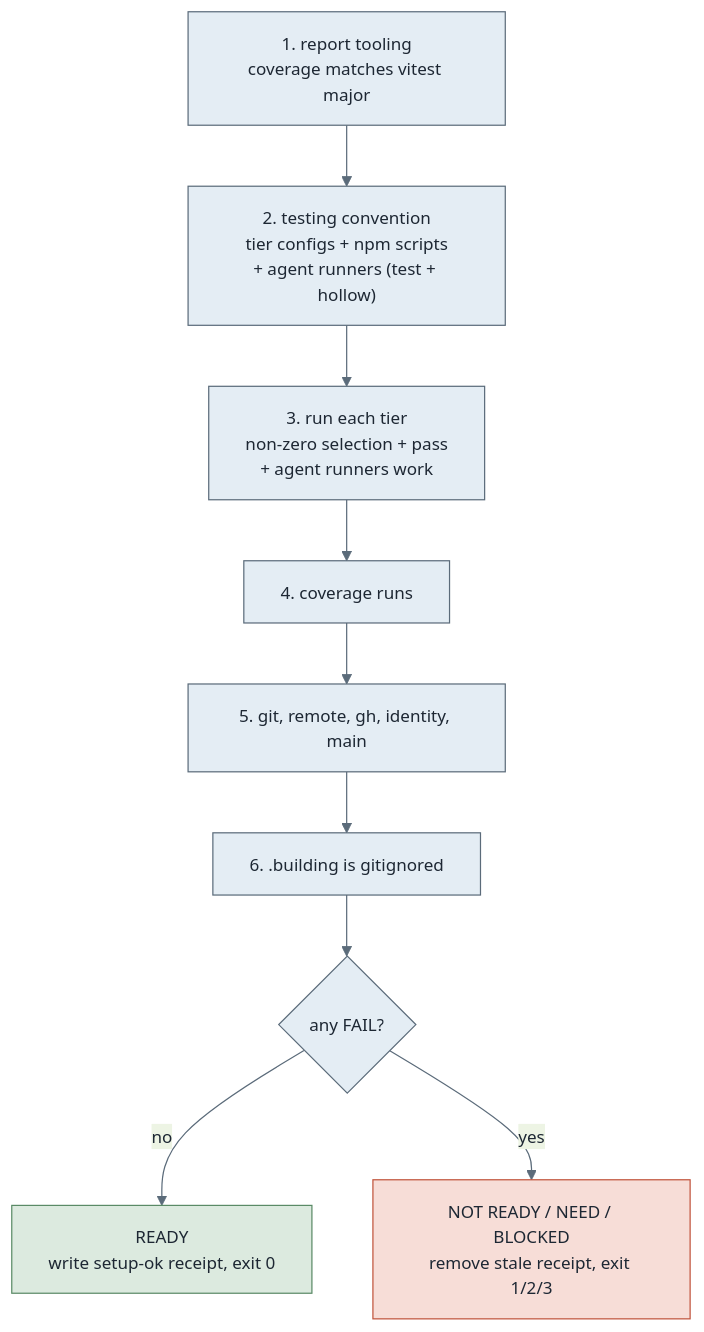
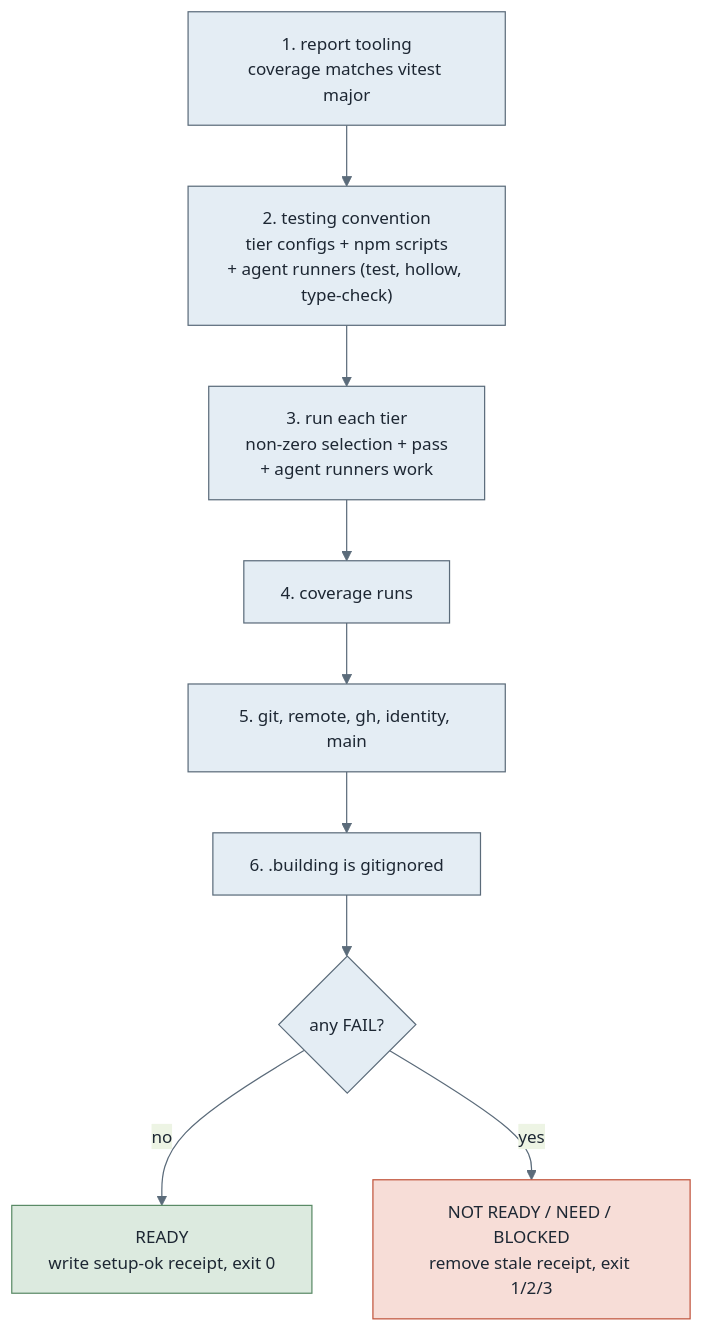
Before and after one commit to omerosaienni/agent-sdlc: the fourth of 4 diagrams in docs/scripts.md, drawn with Mermaid. The commit also changed other lines of this file and 18 other files, not shown here.

````diff
--- a/docs/scripts.md
+++ b/docs/scripts.md
@@ -169,24 +169,24 @@
 ```mermaid
 %%{init: {'theme':'base','themeVariables':{'primaryColor':'#e4edf4','primaryTextColor':'#1d2733','primaryBorderColor':'#5b6b7a','lineColor':'#5b6b7a','fontSize':'14px'}}}%%
 flowchart TD
     s1["1. report tooling<br/>coverage matches vitest major"]
-    s2["2. testing convention<br/>tier configs + npm scripts<br/>+ agent runners (test + hollow)"]
+    s2["2. testing convention<br/>tier configs + npm scripts<br/>+ agent runners (test, hollow, type-check)"]
     s3["3. run each tier<br/>non-zero selection + pass<br/>+ agent runners work"]
     s4["4. coverage runs"]
     s5["5. git, remote, gh, identity, main"]
     s6["6. .building is gitignored"]
     verdict{"any FAIL?"}
     ready["READY<br/>write setup-ok receipt, exit 0"]
     notready["NOT READY / NEED / BLOCKED<br/>remove stale receipt, exit 1/2/3"]
 
     s1 --> s2 --> s3 --> s4 --> s5 --> s6 --> verdict
     verdict -->|no| ready
     verdict -->|yes| notready
 
     classDef check fill:#e4edf4,stroke:#5b6b7a,color:#1d2733;
     classDef good fill:#dceadf,stroke:#5a8a66,color:#1d2733;
     classDef bad fill:#f7ddd7,stroke:#c0533b,color:#1d2733;
     class s1,s2,s3,s4,s5,s6 check;
     class ready good;
     class notready bad;
 ```
````
